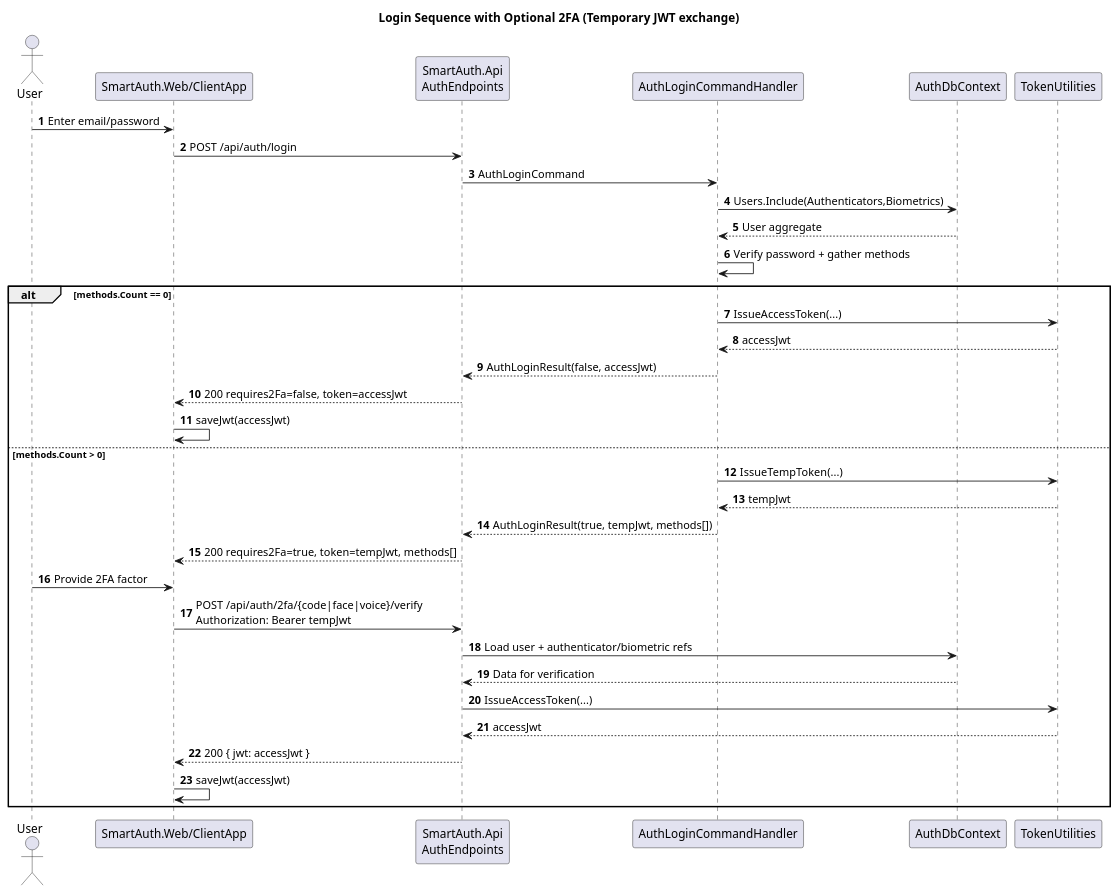
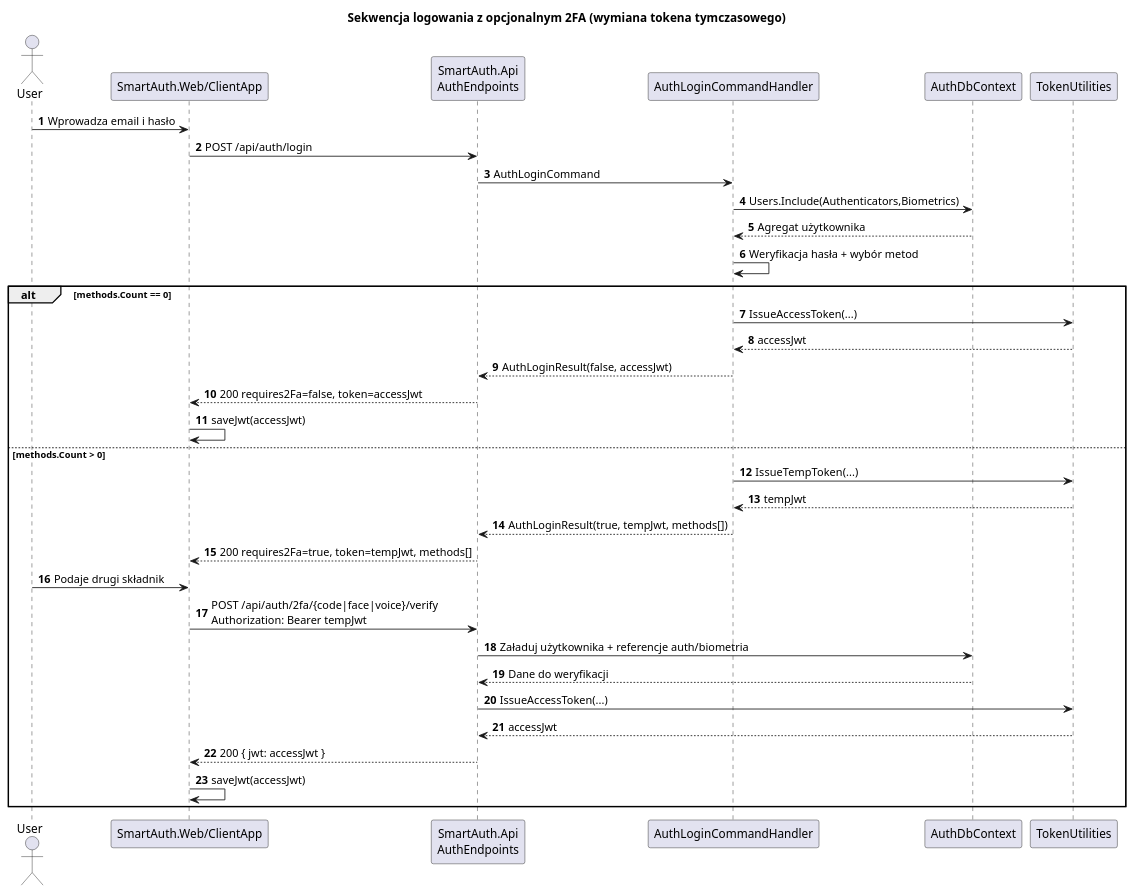
The diagram in docs/diagrams/plantuml/02-sequence-login-2fa.puml (nozbieg/SmartAuth), drawn with PlantUML before and after one commit. The commit also changed 11 other files, not shown here.

Commit message:
Translate diagrams documentation to Polish

```diff
--- a/docs/diagrams/plantuml/02-sequence-login-2fa.puml
+++ b/docs/diagrams/plantuml/02-sequence-login-2fa.puml
@@ -1,41 +1,41 @@
 @startuml
 skinparam shadowing false
 autonumber
-title Login Sequence with Optional 2FA (Temporary JWT exchange)
+title Sekwencja logowania z opcjonalnym 2FA (wymiana tokena tymczasowego)
 
-actor User
+actor User as Użytkownik
 participant "SmartAuth.Web/ClientApp" as SPA
 participant "SmartAuth.Api\nAuthEndpoints" as API
 participant "AuthLoginCommandHandler" as LoginHandler
 participant "AuthDbContext" as DB
 participant "TokenUtilities" as Tokens
 
-User -> SPA : Enter email/password
+Użytkownik -> SPA : Wprowadza email i hasło
 SPA -> API : POST /api/auth/login
 API -> LoginHandler : AuthLoginCommand
 LoginHandler -> DB : Users.Include(Authenticators,Biometrics)
-DB --> LoginHandler : User aggregate
-LoginHandler -> LoginHandler : Verify password + gather methods
+DB --> LoginHandler : Agregat użytkownika
+LoginHandler -> LoginHandler : Weryfikacja hasła + wybór metod
 
 alt methods.Count == 0
   LoginHandler -> Tokens : IssueAccessToken(...)
   Tokens --> LoginHandler : accessJwt
   LoginHandler --> API : AuthLoginResult(false, accessJwt)
   API --> SPA : 200 requires2Fa=false, token=accessJwt
   SPA -> SPA : saveJwt(accessJwt)
 else methods.Count > 0
   LoginHandler -> Tokens : IssueTempToken(...)
   Tokens --> LoginHandler : tempJwt
   LoginHandler --> API : AuthLoginResult(true, tempJwt, methods[])
   API --> SPA : 200 requires2Fa=true, token=tempJwt, methods[]
 
-  User -> SPA : Provide 2FA factor
+  Użytkownik -> SPA : Podaje drugi składnik
   SPA -> API : POST /api/auth/2fa/{code|face|voice}/verify\nAuthorization: Bearer tempJwt
-  API -> DB : Load user + authenticator/biometric refs
-  DB --> API : Data for verification
+  API -> DB : Załaduj użytkownika + referencje auth/biometria
+  DB --> API : Dane do weryfikacji
   API -> Tokens : IssueAccessToken(...)
   Tokens --> API : accessJwt
   API --> SPA : 200 { jwt: accessJwt }
   SPA -> SPA : saveJwt(accessJwt)
 end
 @enduml
```
